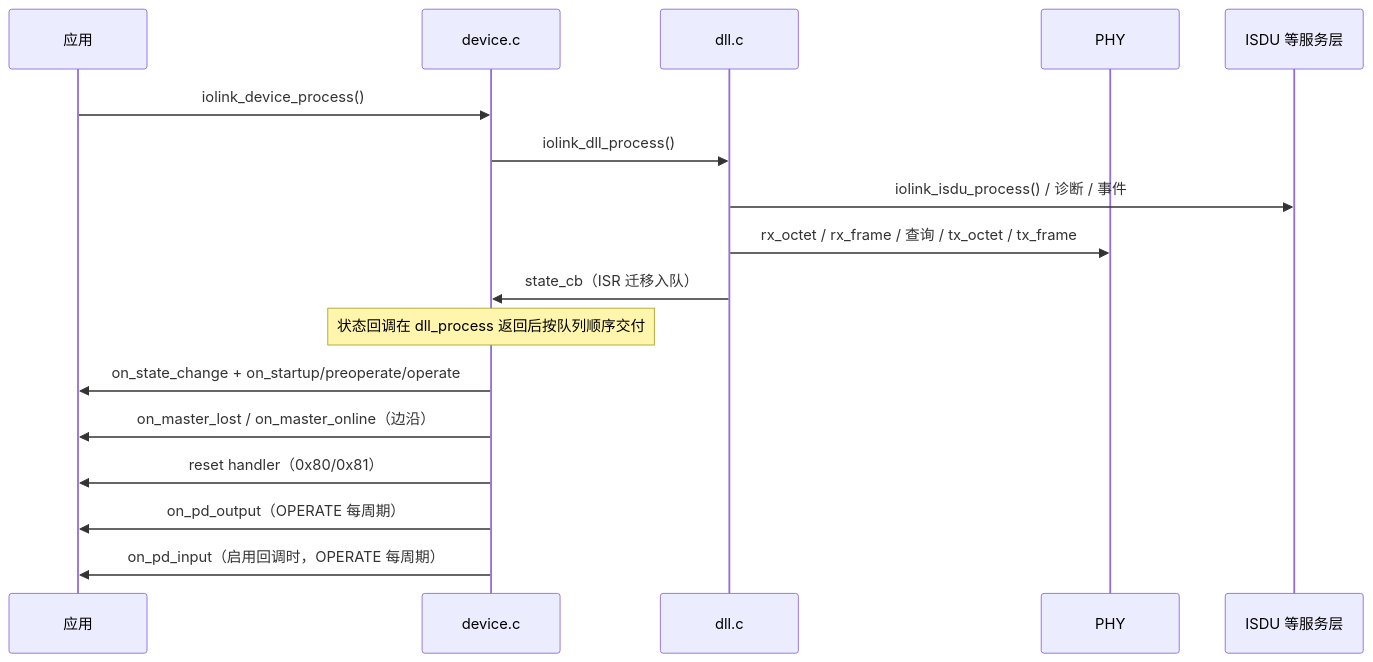
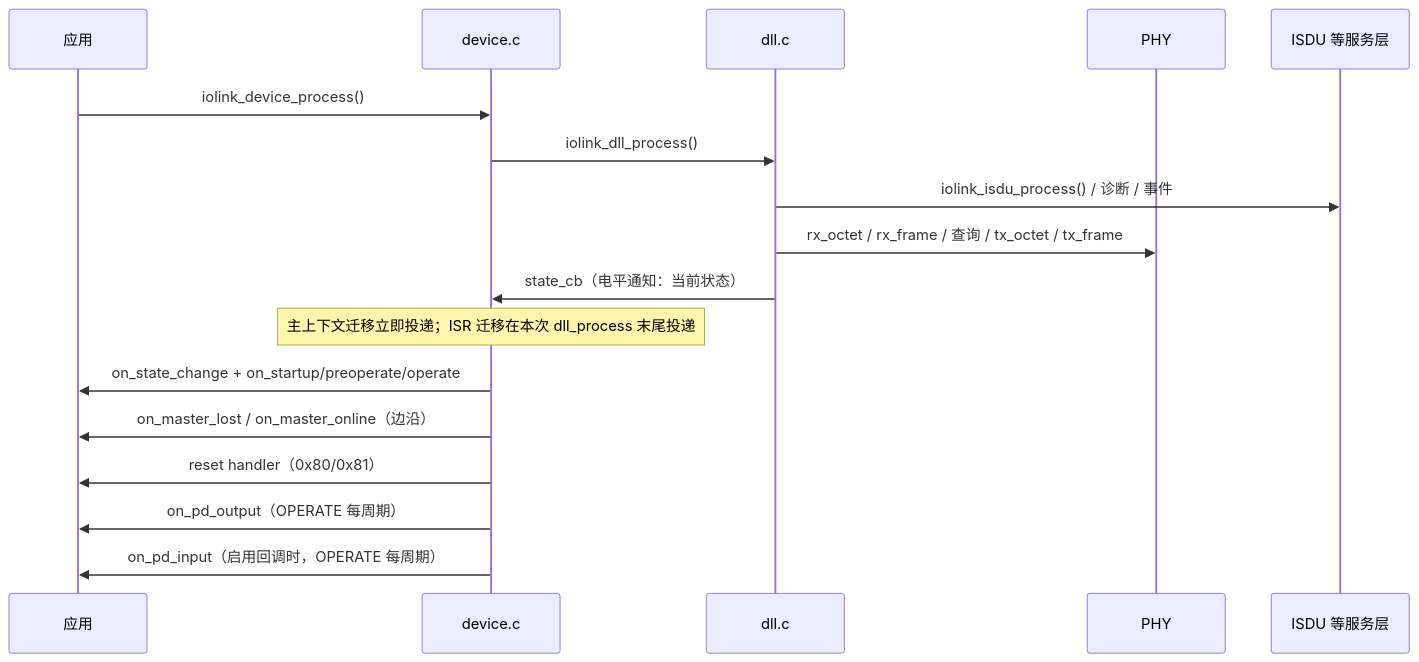
One commit to Adlyq/iolinki changed diagram 14 of 16 in docs/CODE_FLOW.md. Above: the diagram before and after it, drawn with Mermaid. The commit also changed other lines of this file and 7 other files, not shown here.

````diff
--- a/docs/CODE_FLOW.md
+++ b/docs/CODE_FLOW.md
@@ -664,20 +664,20 @@
 ```mermaid
 sequenceDiagram
     participant APP as 应用
     participant DEV as device.c
     participant DLL as dll.c
     participant PHY as PHY
     participant SVC as ISDU 等服务层
 
     APP->>DEV: iolink_device_process()
     DEV->>DLL: iolink_dll_process()
     DLL->>SVC: iolink_isdu_process() / 诊断 / 事件
     DLL->>PHY: rx_octet / rx_frame / 查询 / tx_octet / tx_frame
-    DLL->>DEV: state_cb（ISR 迁移入队）
-    Note over DEV: 状态回调在 dll_process 返回后按队列顺序交付
+    DLL->>DEV: state_cb（电平通知：当前状态）
+    Note over DEV: 主上下文迁移立即投递；ISR 迁移在本次 dll_process 末尾投递
     DEV->>APP: on_state_change + on_startup/preoperate/operate
     DEV->>APP: on_master_lost / on_master_online（边沿）
     DEV->>APP: reset handler（0x80/0x81）
     DEV->>APP: on_pd_output（OPERATE 每周期）
     DEV->>APP: on_pd_input（启用回调时，OPERATE 每周期）
 ```
````
